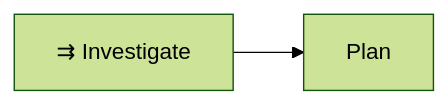
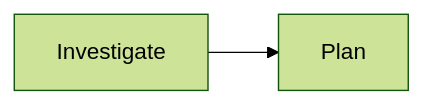
Before and after one commit to m2ux/prosiform: the diagram in fixtures/dispatch-brief/a-click-dispatch-to-a-target-declaring-a-brief-points-at-its-sub-section/expected/guide.bundle.md, drawn with Mermaid (forest theme). The commit also changed other lines of this file and 58 other files, not shown here.

First line of the commit message:
Name dispatch sections and local graph labels plainly

````diff
--- a/fixtures/dispatch-brief/a-click-dispatch-to-a-target-declaring-a-brief-points-at-its-sub-section/expected/guide.bundle.md
+++ b/fixtures/dispatch-brief/a-click-dispatch-to-a-target-declaring-a-brief-points-at-its-sub-section/expected/guide.bundle.md
@@ -9,5 +9,5 @@
 ```mermaid
 flowchart LR
-    Intake[⇉ Investigate] --> Plan[Plan]
-    click Intake href "#⇉-investigate"
+    Intake[Investigate] --> Plan[Plan]
+    click Intake href "#investigate"
 ```
````
